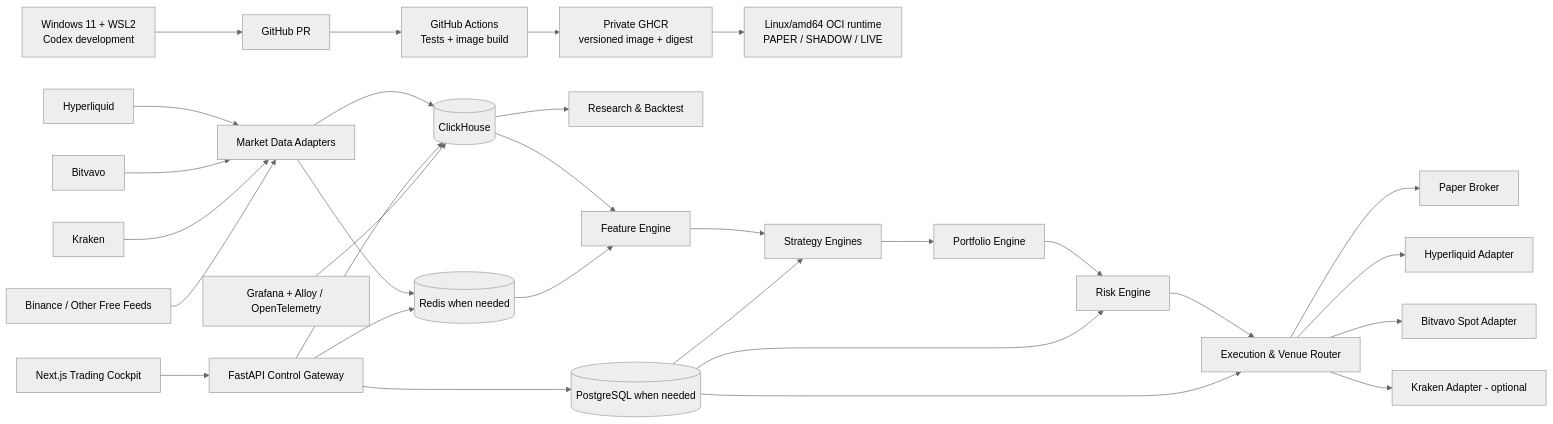
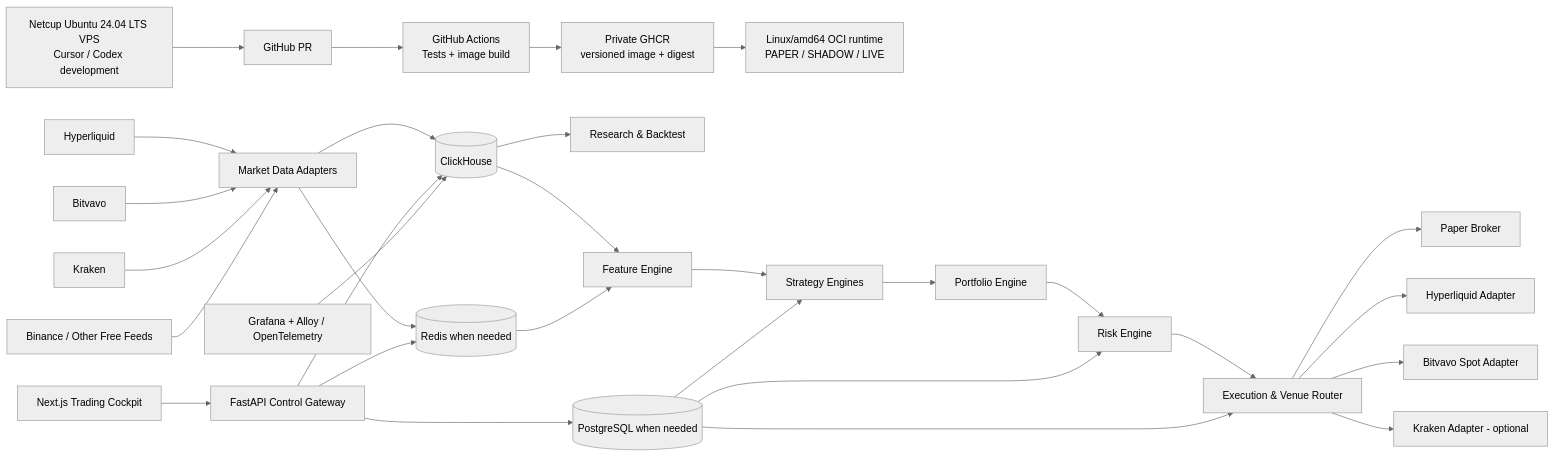
The first of 3 diagrams in docs/ARCHITECTURE.md (daffieeee-arch/Hyperliquid-Bot), drawn with Mermaid (neutral theme) before and after one commit. The commit also changed other lines of this file and 59 other files, not shown here.

First line of the commit message:
Retire legacy NAS profile and make Netcup VPS primary (#85)

````diff
--- a/docs/ARCHITECTURE.md
+++ b/docs/ARCHITECTURE.md
@@ -13,38 +19,38 @@
 ```mermaid
 flowchart LR
-    DEV[Windows 11 + WSL2\nCodex development] --> GH[GitHub PR]
+    DEV[Netcup Ubuntu 24.04 LTS VPS\nCursor / Codex development] --> GH[GitHub PR]
     GH --> CI[GitHub Actions\nTests + image build]
     CI --> REG[Private GHCR\nversioned image + digest]
     REG --> RT[Linux/amd64 OCI runtime\nPAPER / SHADOW / LIVE]
 
     HL[Hyperliquid] --> MD[Market Data Adapters]
     BV[Bitvavo] --> MD
     KR[Kraken] --> MD
     BN[Binance / Other Free Feeds] --> MD
     MD --> CH[(ClickHouse)]
     MD --> R[(Redis when needed)]
 
     CH --> Q[Research & Backtest]
     CH --> F[Feature Engine]
     R --> F
     F --> S[Strategy Engines]
     S --> P[Portfolio Engine]
     P --> K[Risk Engine]
     K --> VR[Execution & Venue Router]
 
     VR --> PB[Paper Broker]
     VR --> HE[Hyperliquid Adapter]
     VR --> BE[Bitvavo Spot Adapter]
     VR --> KE[Kraken Adapter - optional]
 
     PG[(PostgreSQL when needed)] --> S
     PG --> K
     PG --> VR
 
     UI[Next.js Trading Cockpit] --> API[FastAPI Control Gateway]
     API --> PG
     API --> R
     API --> CH
 
     O[Grafana + Alloy / OpenTelemetry] --> CH
 ```
````
